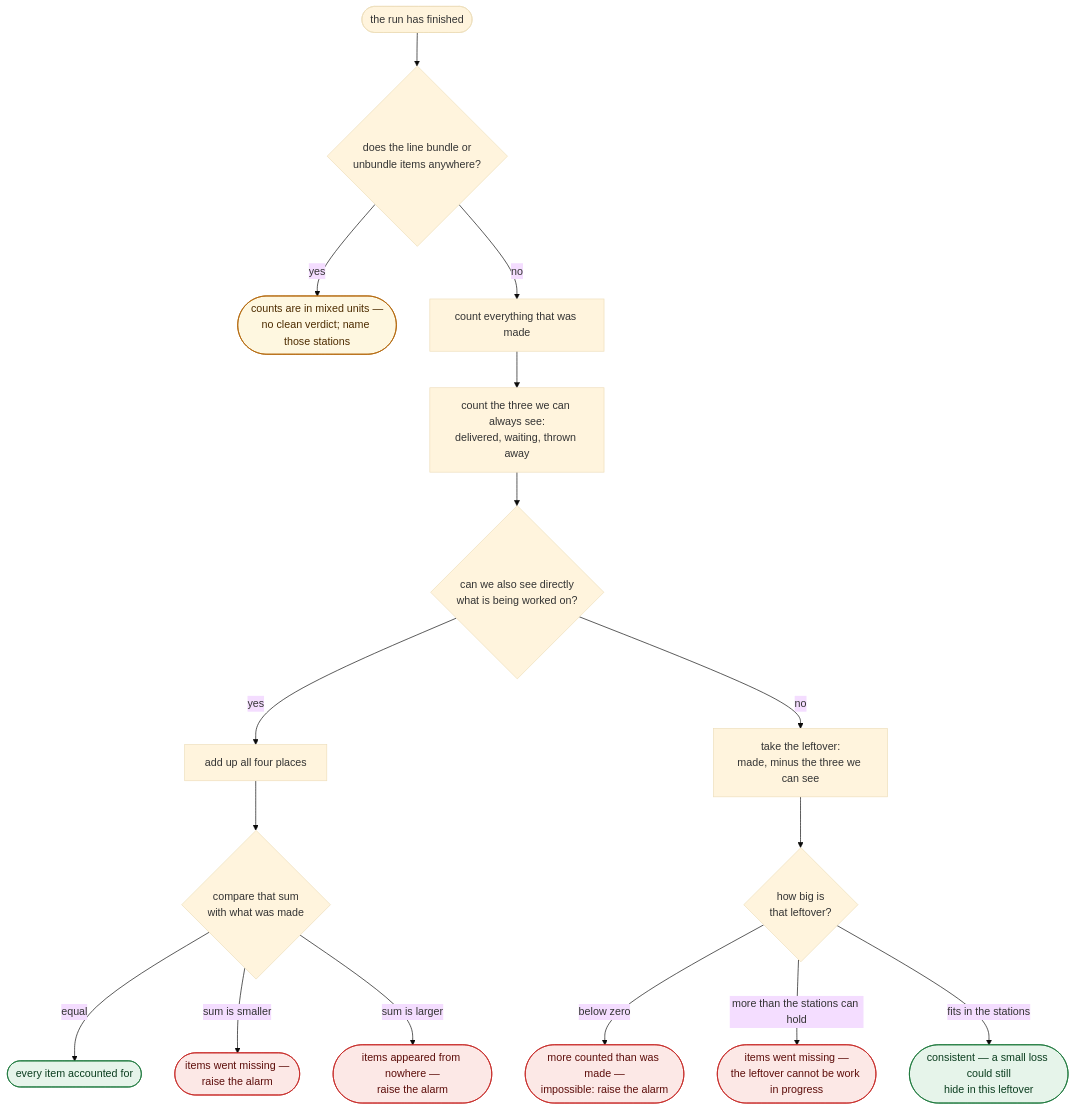
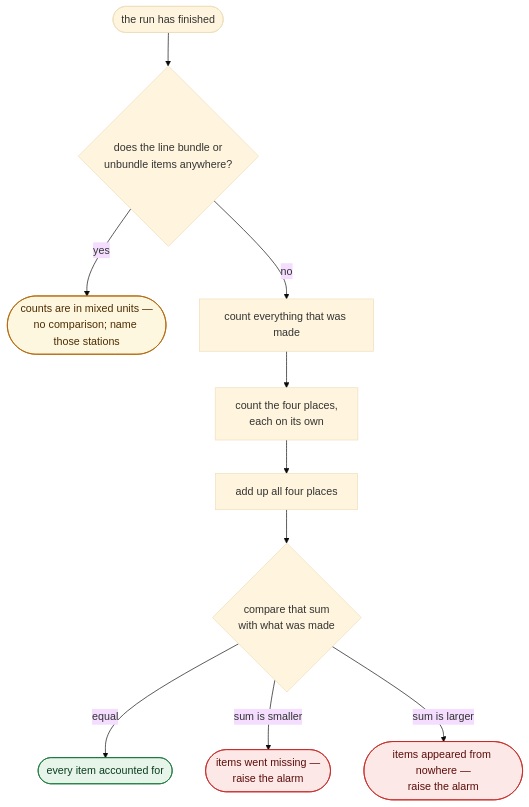
Before and after one commit to s0582346/SimTrace: the second of 2 diagrams in architecture/conservation.md, drawn with Mermaid (base theme). The commit also changed other lines of this file and 3 other files, not shown here.

Commit message:
Count items inside nodes directly in the material balance

````diff
--- a/architecture/conservation.md
+++ b/architecture/conservation.md
@@ -49,29 +52,21 @@
 ```mermaid
 flowchart TD
     start(["the run has finished"]) --> mixed{"does the line bundle or<br/>unbundle items anywhere?"}
 
-    mixed -->|yes| mixedout(["counts are in mixed units —<br/>no clean verdict; name those stations"])
+    mixed -->|yes| mixedout(["counts are in mixed units —<br/>no comparison; name those stations"])
 
     mixed -->|no| made["count everything that was made"]
-    made --> visible["count the three we can always see:<br/>delivered, waiting, thrown away"]
-    visible --> seen{"can we also see directly<br/>what is being worked on?"}
-
-    seen -->|yes| sum["add up all four places"]
+    made --> four["count the four places,<br/>each on its own"]
+    four --> sum["add up all four places"]
     sum --> cmp{"compare that sum<br/>with what was made"}
     cmp -->|equal| okA(["every item accounted for"])
     cmp -->|sum is smaller| lost(["items went missing —<br/>raise the alarm"])
     cmp -->|sum is larger| moreA(["items appeared from nowhere —<br/>raise the alarm"])
 
-    seen -->|no| left["take the leftover:<br/>made, minus the three we can see"]
-    left --> neg{"how big is<br/>that leftover?"}
-    neg -->|below zero| moreB(["more counted than was made —<br/>impossible: raise the alarm"])
-    neg -->|"more than the stations can hold"| lostB(["items went missing —<br/>the leftover cannot be work in progress"])
-    neg -->|"fits in the stations"| okB(["consistent — a small loss could still<br/>hide in this leftover"])
-
     classDef ok fill:#e6f4ea,stroke:#137333,color:#0b3d1f;
     classDef alarm fill:#fce8e6,stroke:#c5221f,color:#5c0d0a;
     classDef caution fill:#fef7e0,stroke:#b06000,color:#4d2c00;
-    class okA,okB ok;
-    class lost,moreA,moreB,lostB alarm;
+    class okA ok;
+    class lost,moreA alarm;
     class mixedout caution;
 ```
````
